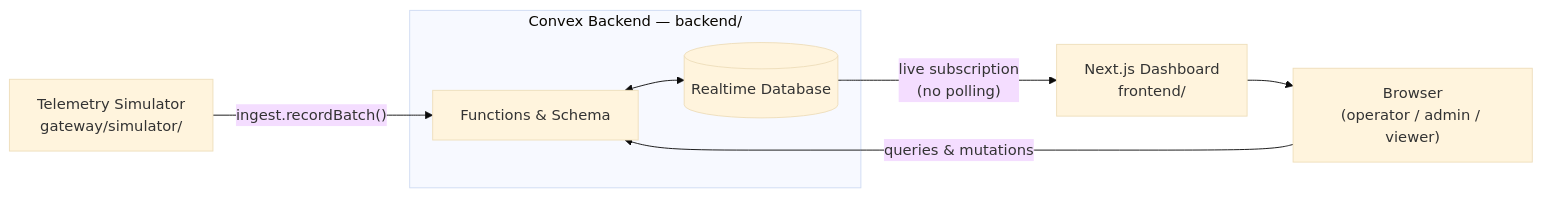
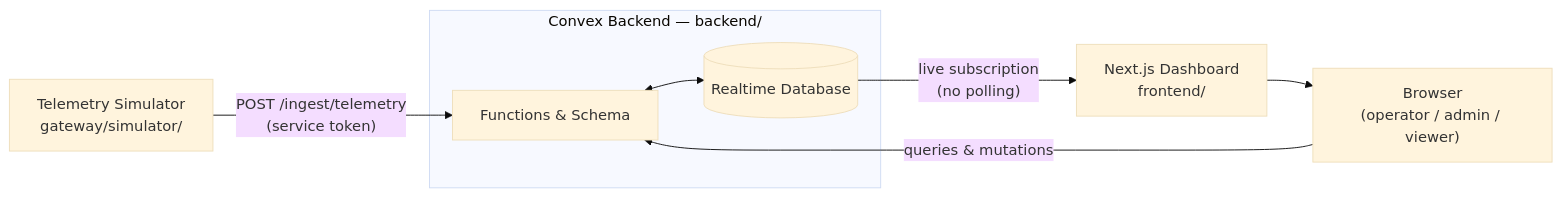
Before and after one commit to Labwerk/wavelink: the diagram in README.md, drawn with Mermaid (base theme). The commit also changed other lines of this file and 50 other files, not shown here.

````diff
--- a/README.md
+++ b/README.md
@@ -17,18 +17,18 @@
 ```mermaid
 flowchart LR
     SIM["Telemetry Simulator<br/>gateway/simulator/"]
 
     subgraph BE["Convex Backend — backend/"]
         FN["Functions & Schema"]
         DB[("Realtime Database")]
     end
 
     FE["Next.js Dashboard<br/>frontend/"]
     Browser["Browser<br/>(operator / admin / viewer)"]
 
-    SIM -- "ingest.recordBatch()" --> FN
+    SIM -- "POST /ingest/telemetry<br/>(service token)" --> FN
     FN <--> DB
     DB -- "live subscription\n(no polling)" --> FE
     FE --> Browser
     Browser -- "queries & mutations" --> FN
 ```
````
